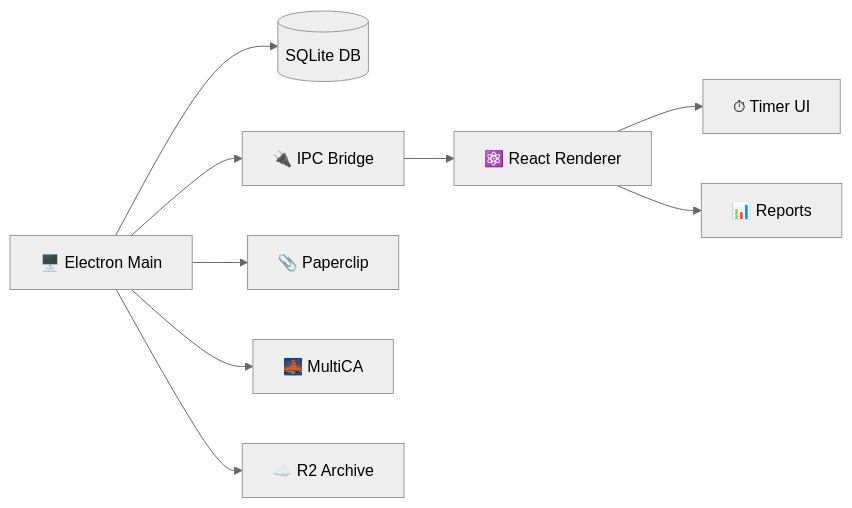
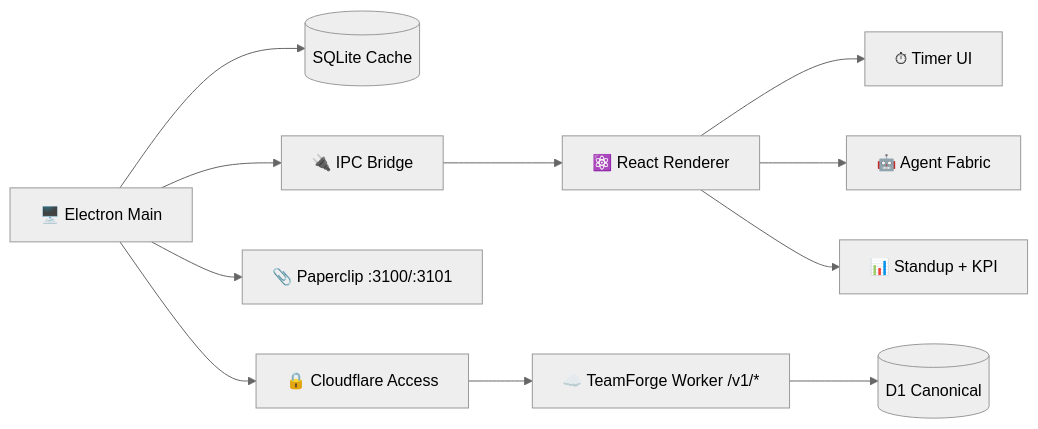
Before and after one commit to Sheshiyer/plexus-ts: the diagram in README.md, drawn with Mermaid (neutral theme). The commit also changed other lines of this file and 17 other files, not shown here.

````diff
--- a/README.md
+++ b/README.md
@@ -96,11 +96,13 @@
 ```mermaid
 graph LR
-    A[🖥️ Electron Main] --> B[(SQLite DB)]
+    A[🖥️ Electron Main] --> B[(SQLite Cache)]
     A --> C[🔌 IPC Bridge]
     C --> D[⚛️ React Renderer]
     D --> E[⏱ Timer UI]
-    D --> F[📊 Reports]
-    A --> G[📎 Paperclip]
-    A --> H[🌉 MultiCA]
-    A --> I[☁️ R2 Archive]
+    D --> F[🤖 Agent Fabric]
+    D --> G[📊 Standup + KPI]
+    A --> H[📎 Paperclip :3100/:3101]
+    A --> I[🔒 Cloudflare Access]
+    I --> J[☁️ TeamForge Worker /v1/*]
+    J --> K[(D1 Canonical)]
 ```
````
